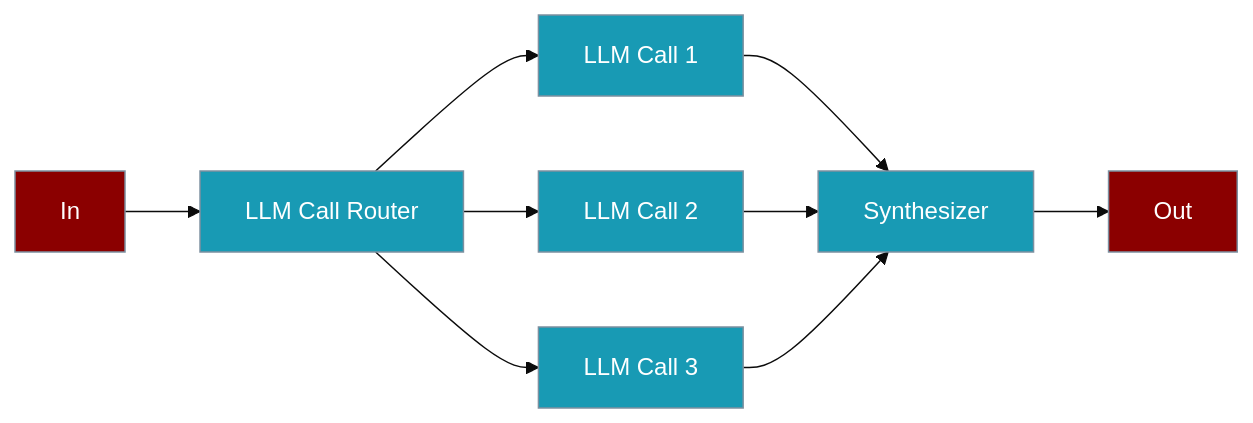
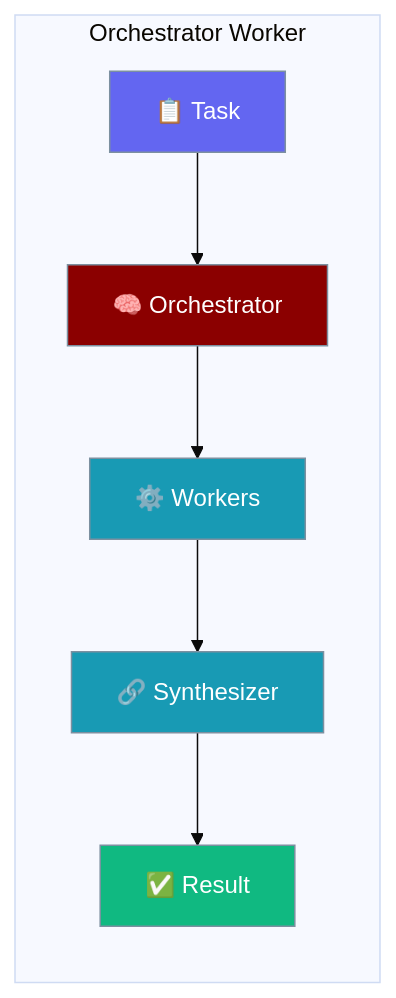
Before and after one commit to MervinPraison/PraisonAIDocs: the first of 2 diagrams in docs/features/orchestrator-worker.mdx, drawn with Mermaid (base theme). The commit also changed other lines of this file and 1 other file, not shown here.

Commit message:
docs: add graph LR hero, sequenceDiagram + decision diagram to orchestrator-worker, model-router (#1675)

````diff
--- a/docs/features/orchestrator-worker.mdx
+++ b/docs/features/orchestrator-worker.mdx
@@ -23,17 +23,19 @@
 ```mermaid
-flowchart LR
-    In[In] --> Router[LLM Call Router]
-    Router --> LLM1[LLM Call 1]
-    Router --> LLM2[LLM Call 2]
-    Router --> LLM3[LLM Call 3]
-    LLM1 --> Synthesizer[Synthesizer]
-    LLM2 --> Synthesizer
-    LLM3 --> Synthesizer
-    Synthesizer --> Out[Out]
-    
+graph LR
+    subgraph "Orchestrator Worker"
+        In[📋 Task] --> Router[🧠 Orchestrator]
+        Router --> Workers[⚙️ Workers]
+        Workers --> Synthesizer[🔗 Synthesizer]
+        Synthesizer --> Out[✅ Result]
+    end
+
+    classDef input fill:#6366F1,stroke:#7C90A0,color:#fff
     classDef agent fill:#8B0000,stroke:#7C90A0,color:#fff
     classDef process fill:#189AB4,stroke:#7C90A0,color:#fff
+    classDef output fill:#10B981,stroke:#7C90A0,color:#fff
 
-    class In,Out agent
-    class Router,LLM1,LLM2,LLM3,Synthesizer process
+    class In input
+    class Router agent
+    class Workers,Synthesizer process
+    class Out output
 ```
````
